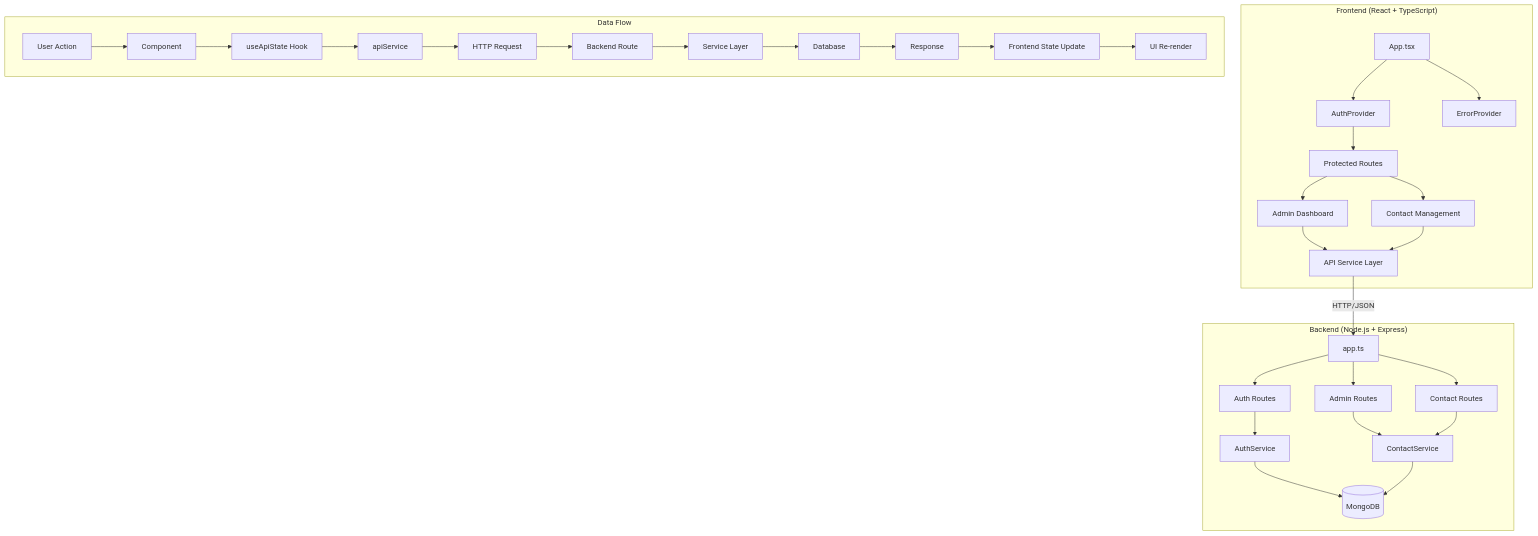
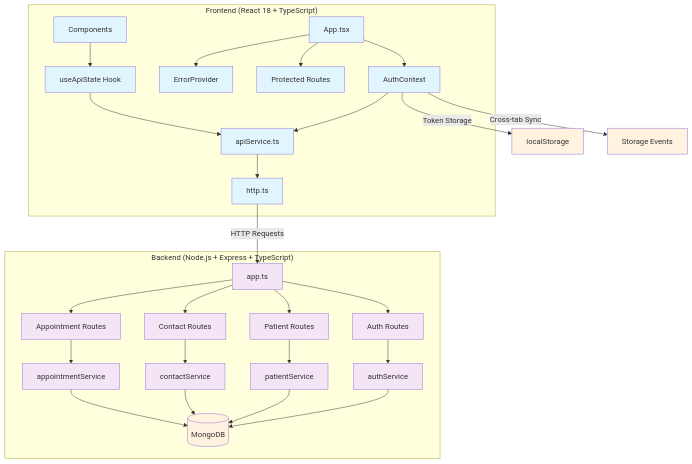
Before and after one commit to jreinaldodasilva/topsmile: the diagram in docs/topsmile_frontend_backend_integration.md, drawn with Mermaid. The commit also changed other lines of this file and 10 other files, not shown here.

Commit message:
`Added patient-specific appointment endpoints and updated API service to include patient authentication and appointment management features.`

````diff
--- a/docs/topsmile_frontend_backend_integration.md
+++ b/docs/topsmile_frontend_backend_integration.md
@@ -28,38 +19,39 @@
 ```mermaid
 graph TB
-    subgraph "Frontend (React + TypeScript)"
-        A[App.tsx] --> B[AuthProvider]
+    subgraph Frontend["Frontend (React 18 + TypeScript)"]
+        A[App.tsx] --> B[AuthContext]
         A --> C[ErrorProvider]
-        B --> D[Protected Routes]
-        D --> E[Admin Dashboard]
-        D --> F[Contact Management]
-        E --> G[API Service Layer]
-        F --> G
+        A --> D[Protected Routes]
+        B --> E[apiService.ts]
+        E --> F[http.ts]
+        G[Components] --> H[useApiState Hook]
+        H --> E
     end
     
-    subgraph "Backend (Node.js + Express)"
-        H[app.ts] --> I[Auth Routes]
-        H --> J[Admin Routes]
-        H --> K[Contact Routes]
-        I --> L[AuthService]
-        J --> M[ContactService]
-        K --> M
-        L --> N[(MongoDB)]
-        M --> N
+    subgraph Backend["Backend (Node.js + Express + TypeScript)"]
+        I[app.ts] --> J[Auth Routes]
+        I --> K[Patient Routes]
+        I --> L[Contact Routes]
+        I --> M[Appointment Routes]
+        J --> N[authService]
+        K --> O[patientService]
+        L --> P[contactService]
+        M --> Q[appointmentService]
+        N --> R[(MongoDB)]
+        O --> R
+        P --> R
+        Q --> R
     end
     
-    G -->|HTTP/JSON| H
+    F -->|HTTP Requests| I
+    B -->|Token Storage| S[localStorage]
+    B -->|Cross-tab Sync| T[Storage Events]
     
-    subgraph "Data Flow"
-        O[User Action] --> P[Component]
-        P --> Q[useApiState Hook]
-        Q --> R[apiService]
-        R --> S[HTTP Request]
-        S --> T[Backend Route]
-        T --> U[Service Layer]
-        U --> V[Database]
-        V --> W[Response]
-        W --> X[Frontend State Update]
-        X --> Y[UI Re-render]
-    end
+    classDef frontend fill:#e1f5fe
+    classDef backend fill:#f3e5f5
+    classDef storage fill:#fff3e0
+    
+    class A,B,C,D,E,F,G,H frontend
+    class I,J,K,L,M,N,O,P,Q backend
+    class R,S,T storage
 ```
````
